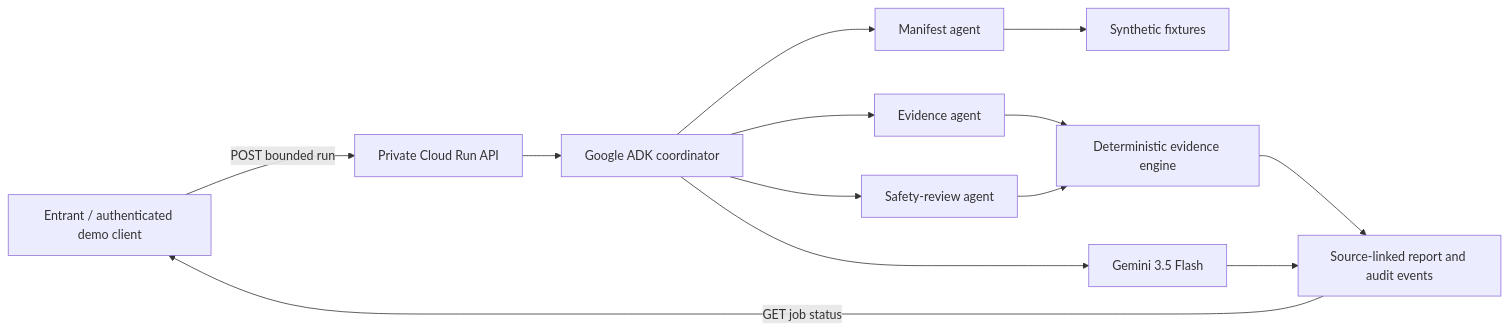
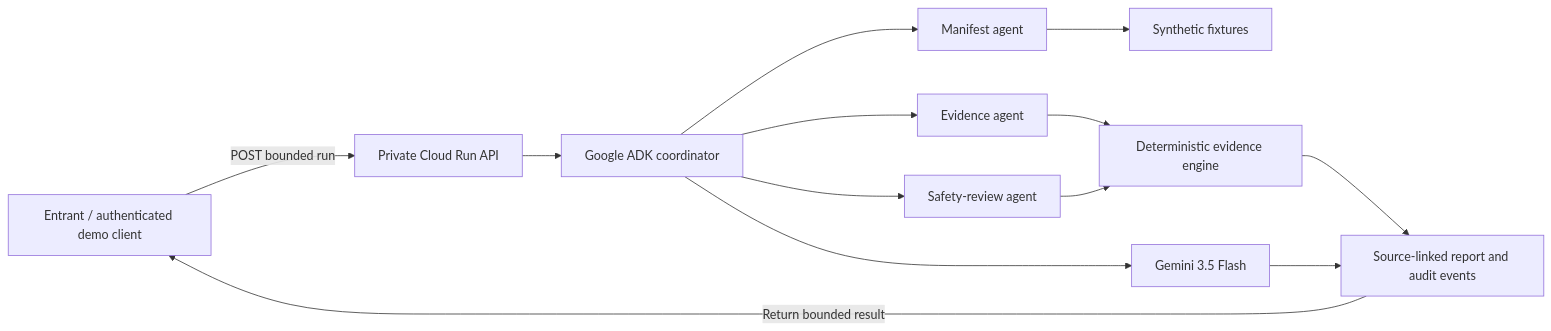
Before and after one commit to Andrew-JS19/homeowner-quote-clarity-agent: the diagram in README.md, drawn with Mermaid. The commit also changed 4 other files, not shown here.

Commit message:
docs: add accurate Devpost architecture asset

````diff
--- a/README.md
+++ b/README.md
@@ -23,15 +23,15 @@
 ```mermaid
 flowchart LR
   U[Entrant / authenticated demo client] -->|POST bounded run| R[Private Cloud Run API]
   R --> C[Google ADK coordinator]
   C --> M[Manifest agent]
   C --> E[Evidence agent]
   C --> S[Safety-review agent]
   M --> F[Synthetic fixtures]
   E --> D[Deterministic evidence engine]
   S --> D
   C --> G[Gemini 3.5 Flash]
   D --> A[Source-linked report and audit events]
   G --> A
-  A -->|GET job status| U
+  A -->|Return bounded result| U
 ```
````
